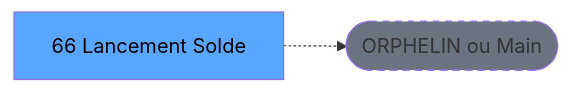
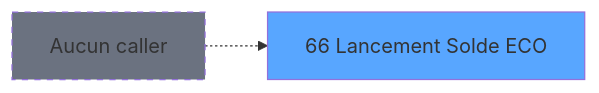
Before and after one commit to thonyAGP/magic-migration: the second of 3 diagrams in .openspec/specs/ADH-IDE-66.md, drawn with Mermaid. The commit also changed other lines of this file and 493 other files, not shown here.

````diff
--- a/.openspec/specs/ADH-IDE-66.md
+++ b/.openspec/specs/ADH-IDE-66.md
@@ -121,8 +141,8 @@
 ```mermaid
 graph LR
-    T[66 Lancement Solde]
-    ORPHAN([ORPHELIN ou Main])
-    T -.-> ORPHAN
-    style T fill:#58a6ff,color:#000
-    style ORPHAN fill:#6b7280,stroke-dasharray: 5 5
+    T66[66 Lancement Solde ECO]
+    style T66 fill:#58a6ff
+    NONE[Aucun caller]
+    NONE -.-> T66
+    style NONE fill:#6b7280,stroke-dasharray: 5 5
 ```
````
